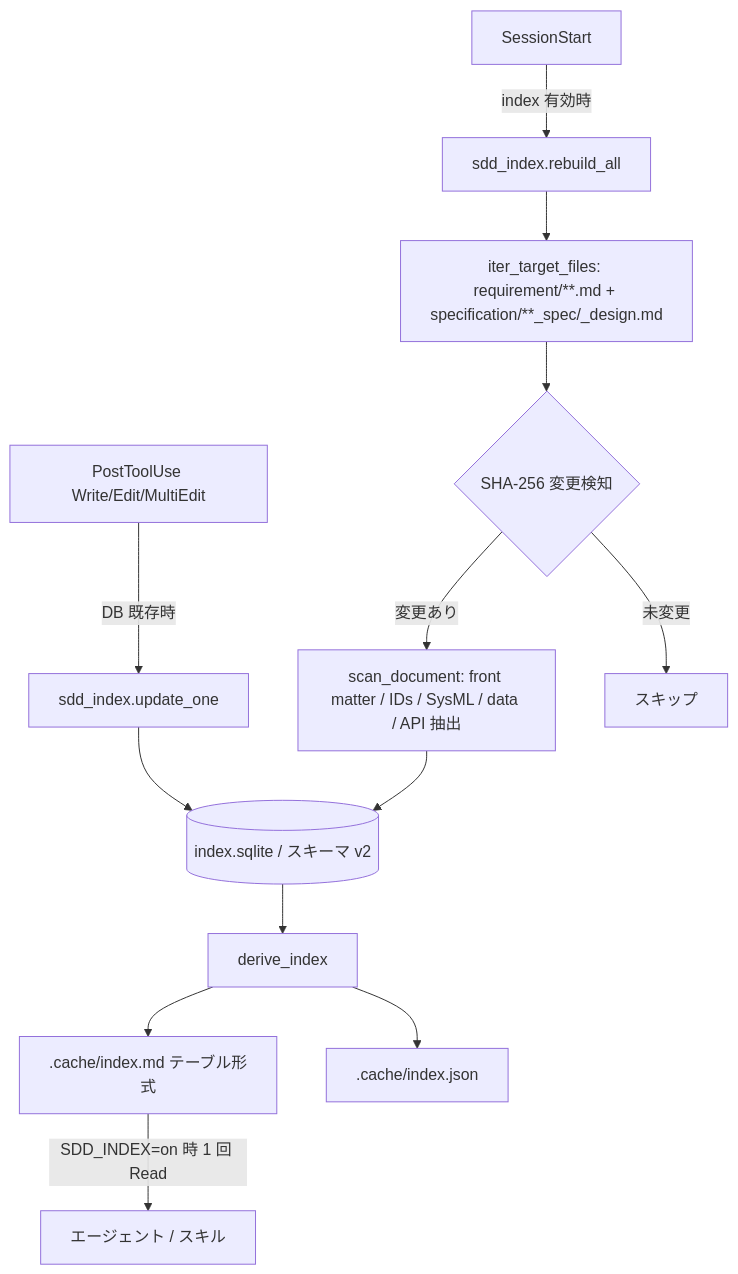
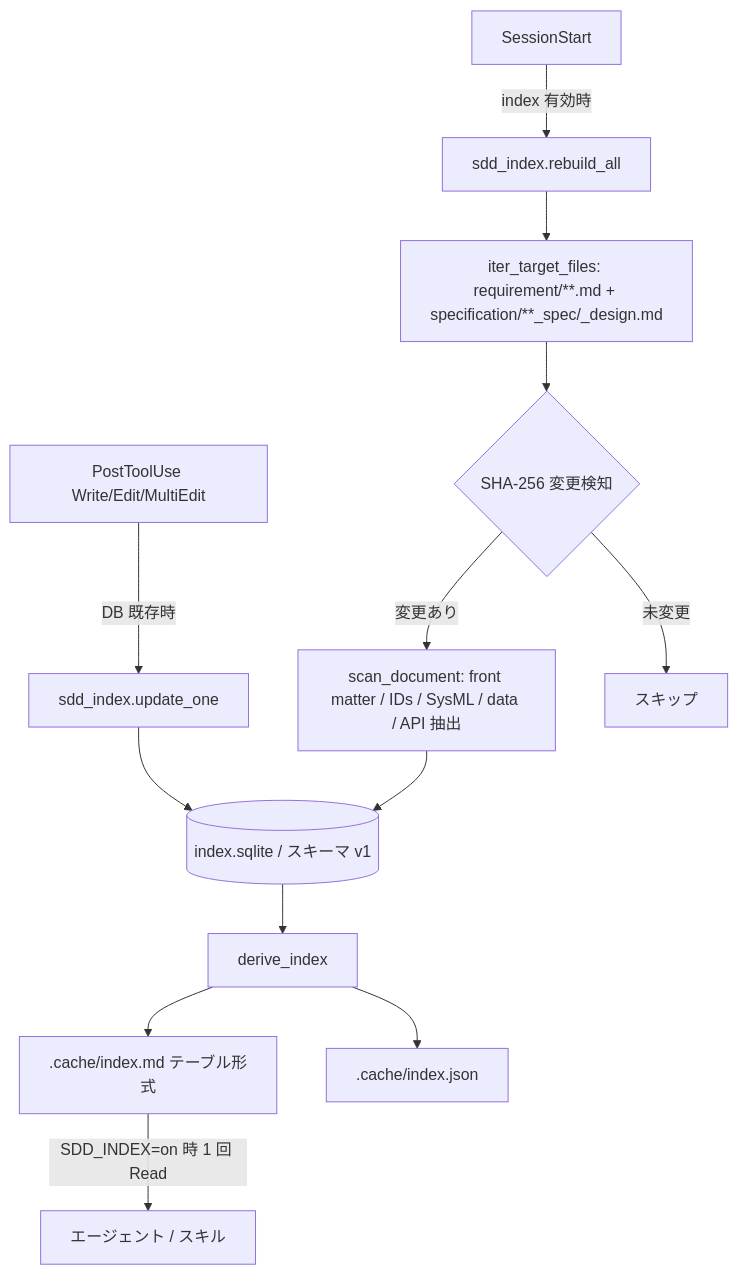
Before and after one commit to ToshikiImagawa/ai-sdd-workflow-dev: the diagram in .sdd/specification/workflow-foundation/documentation-index_design.md, drawn with Mermaid. The commit also changed other lines of this file and 38 other files, not shown here.

````diff
--- a/.sdd/specification/workflow-foundation/documentation-index_design.md
+++ b/.sdd/specification/workflow-foundation/documentation-index_design.md
@@ -71,15 +77,15 @@
 ```mermaid
 graph TD
     SS[SessionStart] -->|index 有効時| RA[sdd_index.rebuild_all]
     PTU[PostToolUse Write/Edit/MultiEdit] -->|DB 既存時| UO[sdd_index.update_one]
     RA --> SCAN[iter_target_files: requirement/**.md + specification/**_spec/_design.md]
     SCAN --> HASH{SHA-256 変更検知}
     HASH -->|変更あり| PARSE[scan_document: front matter / IDs / SysML / data / API 抽出]
     HASH -->|未変更| SKIP[スキップ]
-    PARSE --> DB[(index.sqlite / スキーマ v2)]
+    PARSE --> DB[(index.sqlite / スキーマ v1)]
     UO --> DB
     DB --> DERIVE[derive_index]
     DERIVE --> MD[.cache/index.md テーブル形式]
     DERIVE --> JSON[.cache/index.json]
     MD -->|SDD_INDEX=on 時 1 回 Read| CONSUMER[エージェント / スキル]
 ```
````
